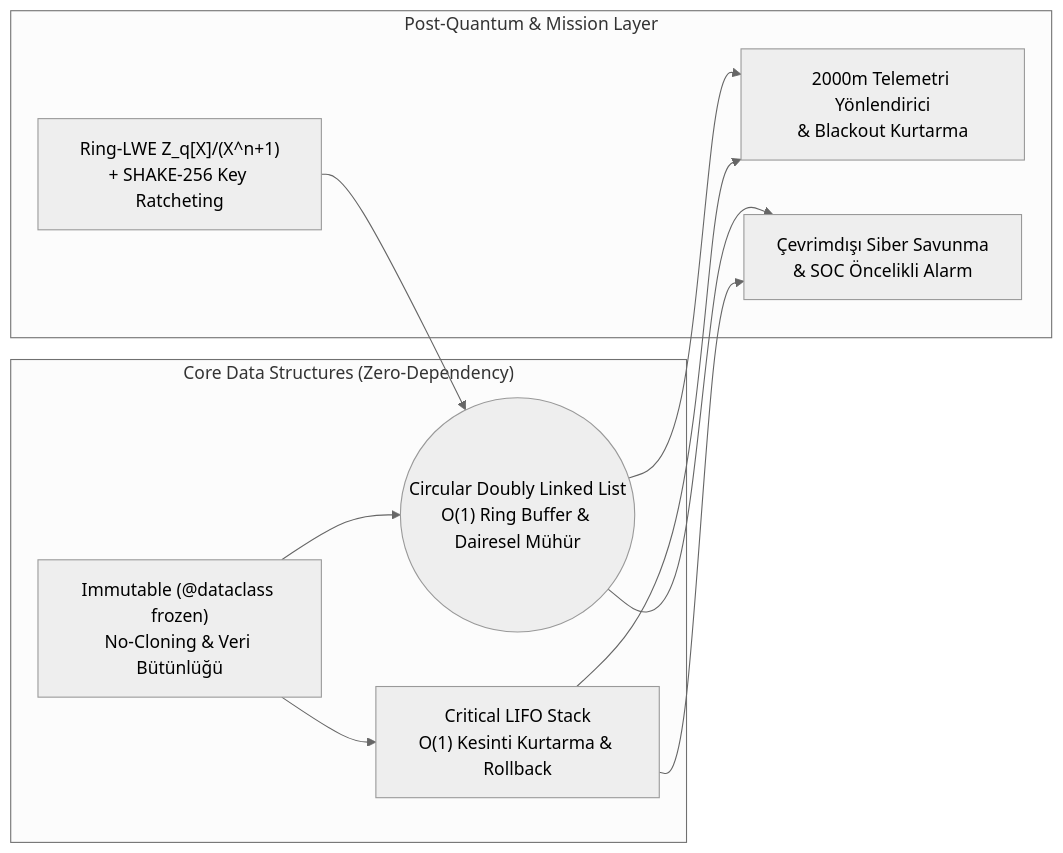
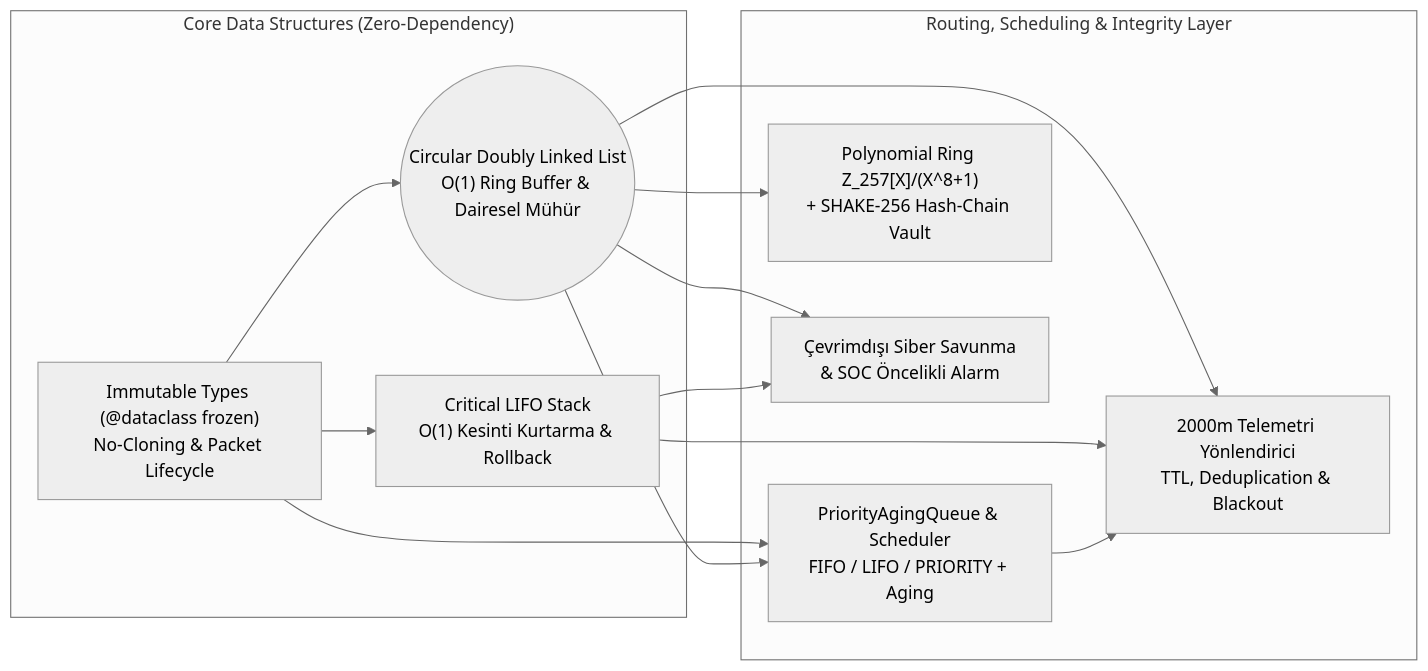
The diagram in README.md (akkoyungulnisa/astroq-link), drawn with Mermaid (neutral theme) before and after one commit. The commit also changed other lines of this file and 6 other files, not shown here.

Commit message:
docs: update README with Milestone 1-2 features, architecture, and threat model

````diff
--- a/README.md
+++ b/README.md
@@ -9,22 +61,26 @@
 ```mermaid
 graph LR
     subgraph "Core Data Structures (Zero-Dependency)"
-        IMM["Immutable (@dataclass frozen)<br/>No-Cloning & Veri Bütünlüğü"]
+        IMM["Immutable Types (@dataclass frozen)<br/>No-Cloning & Packet Lifecycle"]
         CDLL(("Circular Doubly Linked List<br/>O(1) Ring Buffer & Dairesel Mühür"))
         STK["Critical LIFO Stack<br/>O(1) Kesinti Kurtarma & Rollback"]
     end
 
-    subgraph "Post-Quantum & Mission Layer"
-        LWE["Ring-LWE Z_q[X]/(X^n+1)<br/>+ SHAKE-256 Key Ratcheting"]
-        TEL["2000m Telemetri Yönlendirici<br/>& Blackout Kurtarma"]
+    subgraph "Routing, Scheduling & Integrity Layer"
+        SCH["PriorityAgingQueue & Scheduler<br/>FIFO / LIFO / PRIORITY + Aging"]
+        TEL["2000m Telemetri Yönlendirici<br/>TTL, Deduplication & Blackout"]
+        LWE["Polynomial Ring Z_257[X]/(X^8+1)<br/>+ SHAKE-256 Hash-Chain Vault"]
         SHD["Çevrimdışı Siber Savunma<br/>& SOC Öncelikli Alarm"]
     end
 
     IMM --> CDLL
     IMM --> STK
-    LWE --> CDLL
+    IMM --> SCH
+    CDLL --> SCH
     CDLL --> TEL
+    CDLL --> LWE
     CDLL --> SHD
     STK --> TEL
     STK --> SHD
+    SCH --> TEL
 ```
````
